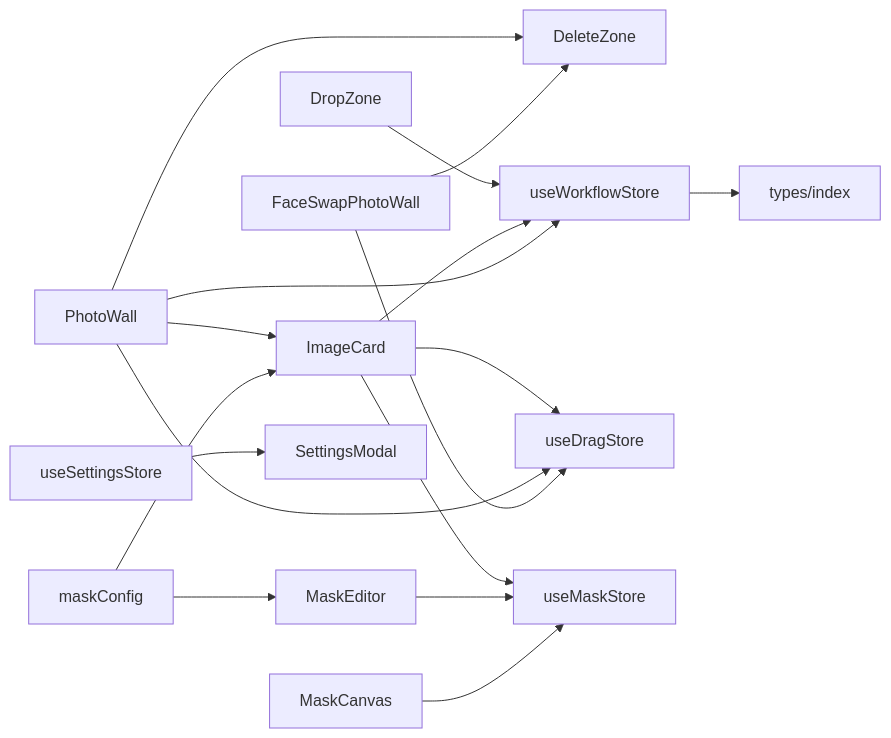
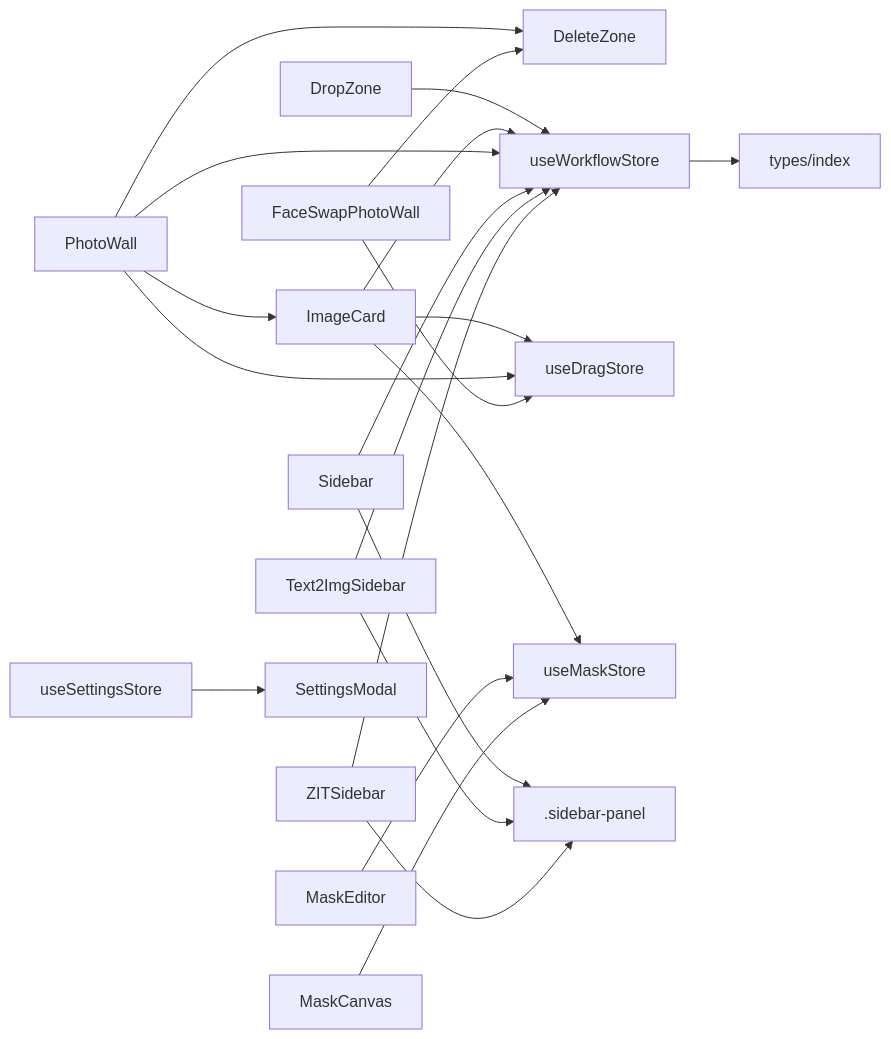
Diagram 15 of 15 in .qoder/repowiki/zh/content/用户界面组件/用户界面组件.md (billye220670/CorineKit_Pix2Real), drawn with Mermaid before and after one commit. The commit also changed other lines of this file and 49 other files, not shown here.

````diff
--- a/.qoder/repowiki/zh/content/用户界面组件/用户界面组件.md
+++ b/.qoder/repowiki/zh/content/用户界面组件/用户界面组件.md
@@ -462,19 +585,23 @@
 ```mermaid
 graph LR
 PW["PhotoWall"] --> IC["ImageCard"]
 PW --> DDZ["DeleteZone"]
 DZ["DropZone"] --> WFS["useWorkflowStore"]
 IC --> WFS
 PW --> WFS
 IC --> DS["useDragStore"]
 PW --> DS
 FSPW["FaceSwapPhotoWall"] --> DDZ
 FSPW --> DS
 IC --> MS["useMaskStore"]
 ME["MaskEditor"] --> MS
 MC["MaskCanvas"] --> MS
-MCfg["maskConfig"] --> IC
-MCfg --> ME
+SIDEBAR["Sidebar"] --> WFS
+T2I["Text2ImgSidebar"] --> WFS
+ZIT["ZITSidebar"] --> WFS
+SIDEBAR --> CSS[".sidebar-panel"]
+T2I --> CSS[".sidebar-panel"]
+ZIT --> CSS[".sidebar-panel"]
 WFS --> Types["types/index"]
 SS["useSettingsStore"] --> SM["SettingsModal"]
 ```
````
